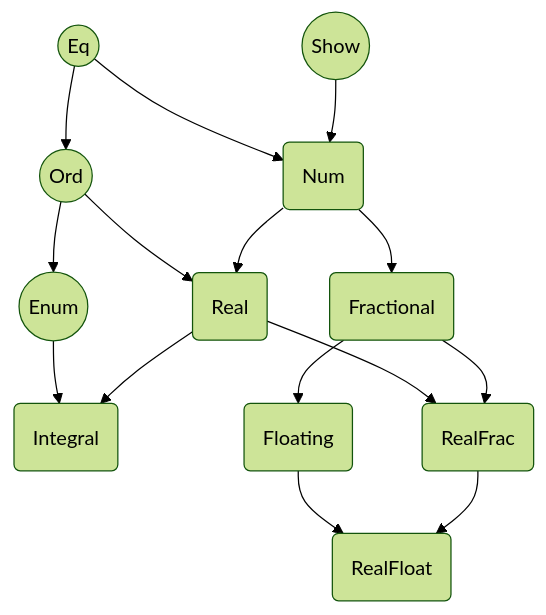
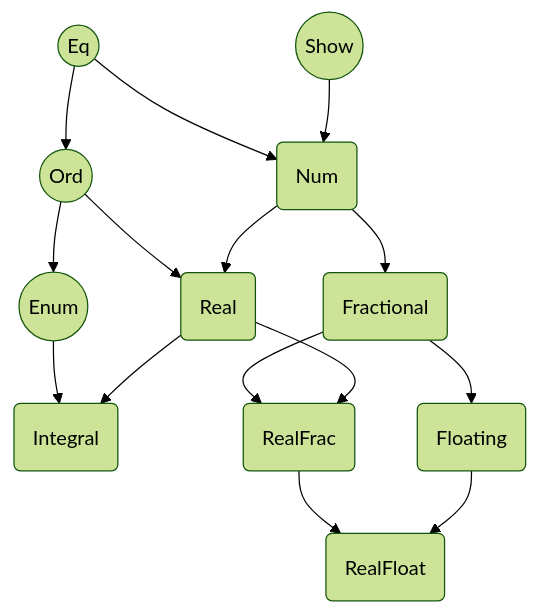
One commit to wolfangy/haskell changed the diagram in haskell-in-depth/ch02/ch2.md. Above: the diagram before and after it, drawn with Mermaid (forest theme).

````diff
--- a/haskell-in-depth/ch02/ch2.md
+++ b/haskell-in-depth/ch02/ch2.md
@@ -481,17 +481,17 @@
 ```mermaid
 graph TD;
     Eq((Eq)) --> N(Num)
     S((Show)) --> N
     Eq --> O((Ord))
     O --> En((Enum))
     O --> R(Real)
     N --> R
     N --> F(Fractional)
     En --> I(Integral)
     R --> I
-    R --> RF(RealFrac)
-    F --> RF
+    F --> RF(RealFrac)
+    R --> RF
     F --> Fl(Floating)
+    RF --> RFl
     Fl --> RFl(RealFloat)
-    RF --> RFl
 ```
````
